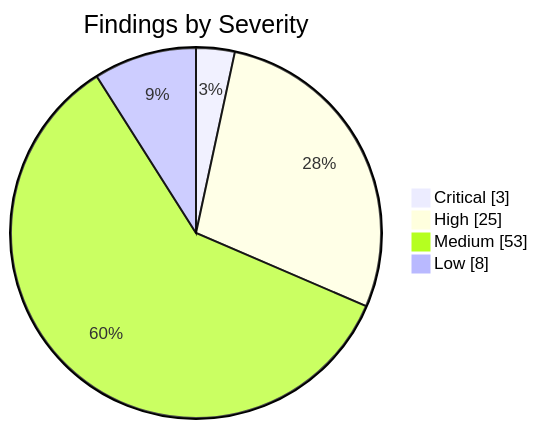
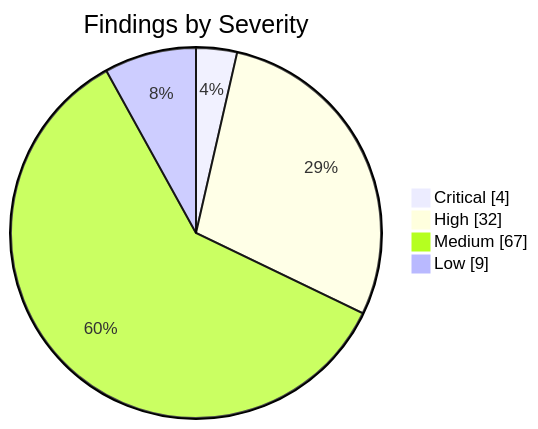
One commit to KBVE/kbve changed the first of 2 diagrams in apps/kbve/astro-kbve/src/content/docs/dashboard/security.mdx. Above: the diagram before and after it, drawn with Mermaid. The commit also changed other lines of this file and 1 other file, not shown here.

````diff
--- a/apps/kbve/astro-kbve/src/content/docs/dashboard/security.mdx
+++ b/apps/kbve/astro-kbve/src/content/docs/dashboard/security.mdx
@@ -148,8 +148,8 @@
 ```mermaid
 pie showData
     title Findings by Severity
-    "Critical" : 3
-    "High" : 25
-    "Medium" : 53
-    "Low" : 8
+    "Critical" : 4
+    "High" : 32
+    "Medium" : 67
+    "Low" : 9
 ```
````
